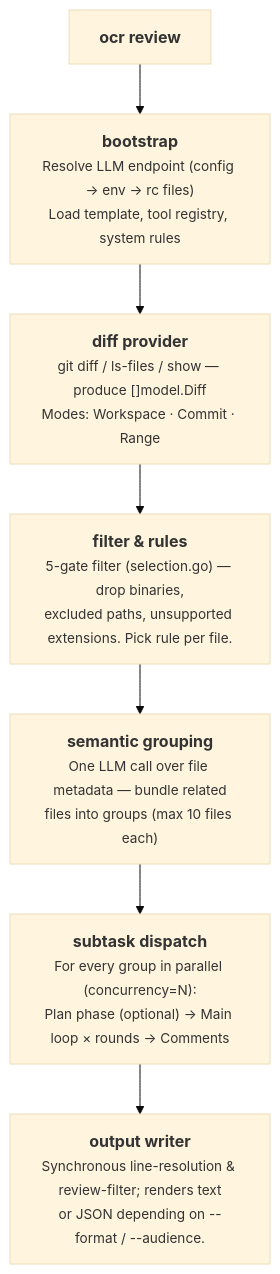
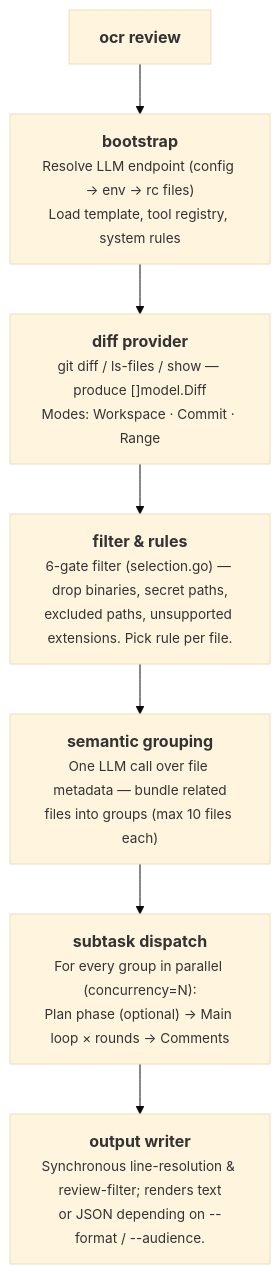
The first of 2 diagrams in pages/src/content/docs/en/architecture.md (alibaba/open-code-review), drawn with Mermaid (base theme) before and after one commit. The commit also changed other lines of this file and 11 other files, not shown here.

Commit message:
docs(filter): document the secret-path gate in the architecture and FAQ pages (#1787)

````diff
--- a/pages/src/content/docs/en/architecture.md
+++ b/pages/src/content/docs/en/architecture.md
@@ -14,12 +14,12 @@
 ```mermaid
 flowchart TD
     A["<b>ocr review</b>"]
     B["<b>bootstrap</b><br/><span style='font-size:0.85em'>Resolve LLM endpoint (config → env → rc files)<br/>Load template, tool registry, system rules</span>"]
     C["<b>diff provider</b><br/><span style='font-size:0.85em'>git diff / ls-files / show — produce []model.Diff<br/>Modes: Workspace · Commit · Range</span>"]
-    D["<b>filter & rules</b><br/><span style='font-size:0.85em'>5-gate filter (selection.go) — drop binaries,<br/>excluded paths, unsupported extensions. Pick rule per file.</span>"]
+    D["<b>filter & rules</b><br/><span style='font-size:0.85em'>6-gate filter (selection.go) — drop binaries, secret paths,<br/>excluded paths, unsupported extensions. Pick rule per file.</span>"]
     D2["<b>semantic grouping</b><br/><span style='font-size:0.85em'>One LLM call over file metadata — bundle related<br/>files into groups (max 10 files each)</span>"]
     E["<b>subtask dispatch</b><br/><span style='font-size:0.85em'>For every group in parallel (concurrency=N):<br/>Plan phase (optional) → Main loop × rounds → Comments</span>"]
     F["<b>output writer</b><br/><span style='font-size:0.85em'>Synchronous line-resolution & review-filter; renders text<br/>or JSON depending on --format / --audience.</span>"]
 
     A --> B --> C --> D --> D2 --> E --> F
 ```
````
